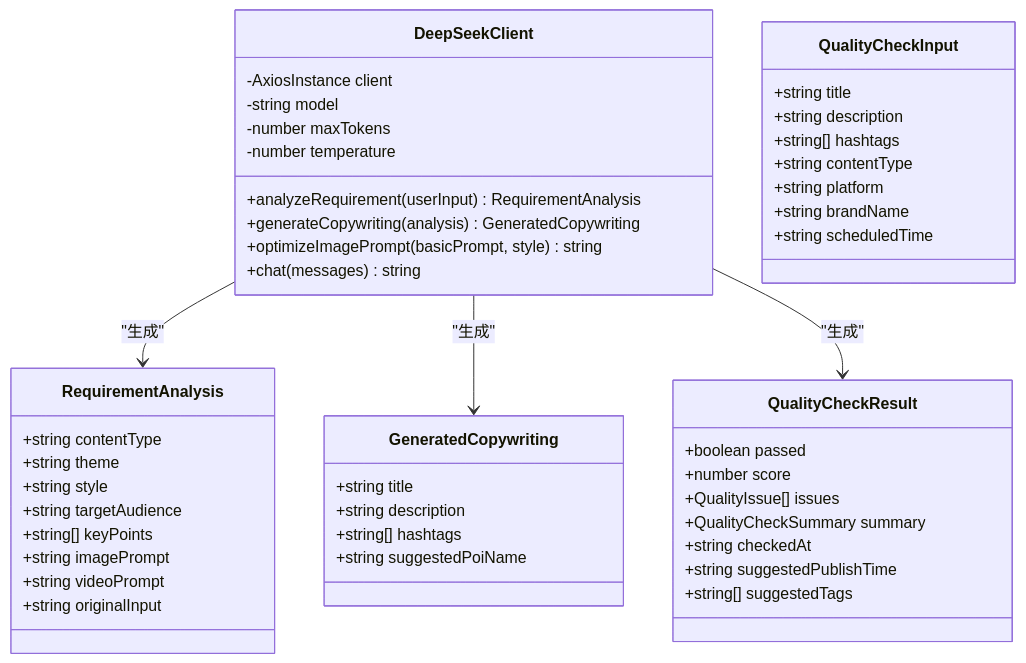
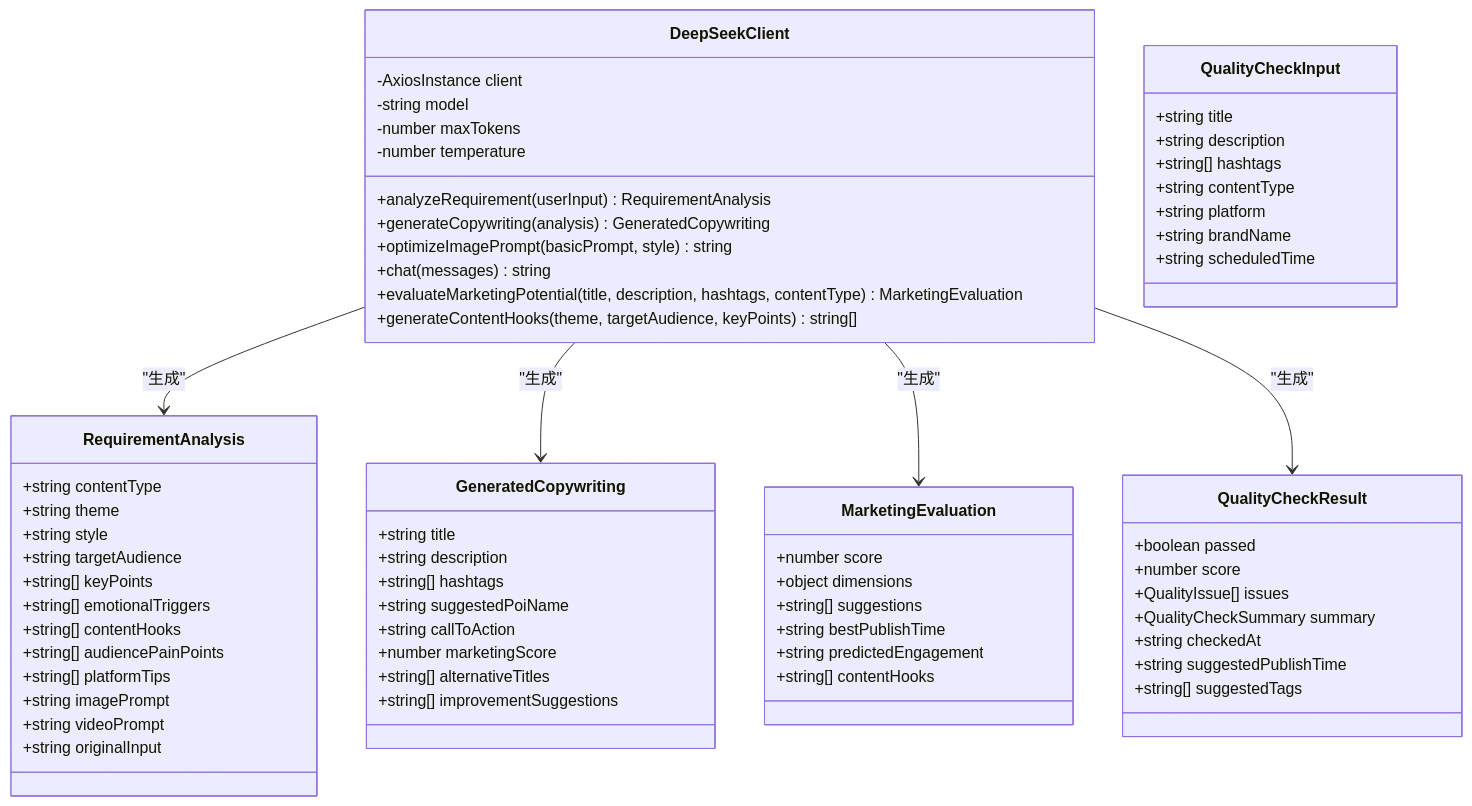
One commit to songdiyang/clawOperations changed diagram 15 of 21 in .qoder/repowiki/zh/content/核心模块详解/Web界面系统/AI创作页面.md. Above: the diagram before and after it, drawn with Mermaid. The commit also changed other lines of this file and 10 other files, not shown here.

````diff
--- a/.qoder/repowiki/zh/content/核心模块详解/Web界面系统/AI创作页面.md
+++ b/.qoder/repowiki/zh/content/核心模块详解/Web界面系统/AI创作页面.md
@@ -869,50 +968,69 @@
 ```mermaid
 classDiagram
 class DeepSeekClient {
 -AxiosInstance client
 -string model
 -number maxTokens
 -number temperature
 +analyzeRequirement(userInput) RequirementAnalysis
 +generateCopywriting(analysis) GeneratedCopywriting
 +optimizeImagePrompt(basicPrompt, style) string
 +chat(messages) string
++evaluateMarketingPotential(title, description, hashtags, contentType) MarketingEvaluation
++generateContentHooks(theme, targetAudience, keyPoints) string[]
 }
 class RequirementAnalysis {
 +string contentType
 +string theme
 +string style
 +string targetAudience
 +string[] keyPoints
++string[] emotionalTriggers
++string[] contentHooks
++string[] audiencePainPoints
++string[] platformTips
 +string imagePrompt
 +string videoPrompt
 +string originalInput
 }
 class GeneratedCopywriting {
 +string title
 +string description
 +string[] hashtags
 +string suggestedPoiName
++string callToAction
++number marketingScore
++string[] alternativeTitles
++string[] improvementSuggestions
+}
+class MarketingEvaluation {
++number score
++object dimensions
++string[] suggestions
++string bestPublishTime
++string predictedEngagement
++string[] contentHooks
 }
 class QualityCheckInput {
 +string title
 +string description
 +string[] hashtags
 +string contentType
 +string platform
 +string brandName
 +string scheduledTime
 }
 class QualityCheckResult {
 +boolean passed
 +number score
 +QualityIssue[] issues
 +QualityCheckSummary summary
 +string checkedAt
 +string suggestedPublishTime
 +string[] suggestedTags
 }
 DeepSeekClient --> RequirementAnalysis : "生成"
 DeepSeekClient --> GeneratedCopywriting : "生成"
+DeepSeekClient --> MarketingEvaluation : "生成"
 DeepSeekClient --> QualityCheckResult : "生成"
 ```
````
